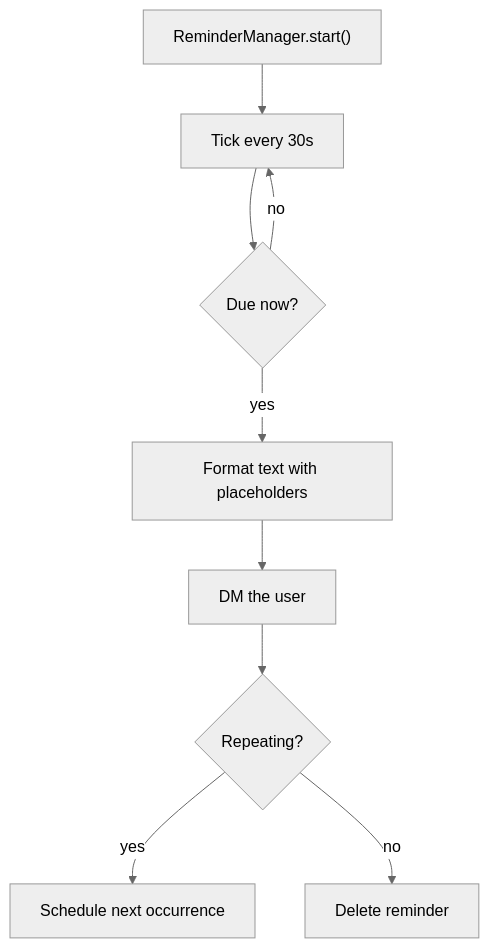
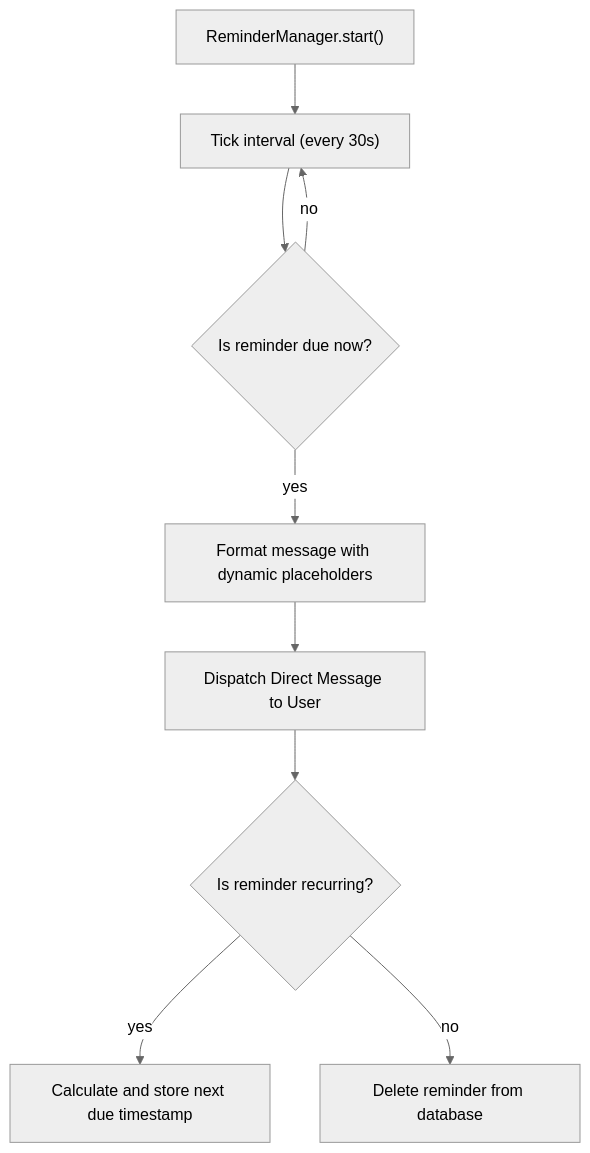
The first of 3 diagrams in wiki/Reminders-and-Twitch.md (PhantomNimbi/Master-Bot), drawn with Mermaid (neutral theme) before and after one commit. The commit also changed other lines of this file and 8 other files, not shown here.

````diff
--- a/wiki/Reminders-and-Twitch.md
+++ b/wiki/Reminders-and-Twitch.md
@@ -31,11 +42,11 @@
 ```mermaid
 flowchart TD
-    S["ReminderManager.start()"] --> T["Tick every 30s"]
-    T --> D{"Due now?"}
+    S["ReminderManager.start()"] --> T["Tick interval (every 30s)"]
+    T --> D{"Is reminder due now?"}
     D -->|no| T
-    D -->|yes| F["Format text with placeholders"]
-    F --> SEND["DM the user"]
-    SEND --> R{"Repeating?"}
-    R -->|yes| N["Schedule next occurrence"]
-    R -->|no| DEL["Delete reminder"]
+    D -->|yes| F["Format message with dynamic placeholders"]
+    F --> SEND["Dispatch Direct Message to User"]
+    SEND --> R{"Is reminder recurring?"}
+    R -->|yes| N["Calculate and store next due timestamp"]
+    R -->|no| DEL["Delete reminder from database"]
 ```
````
